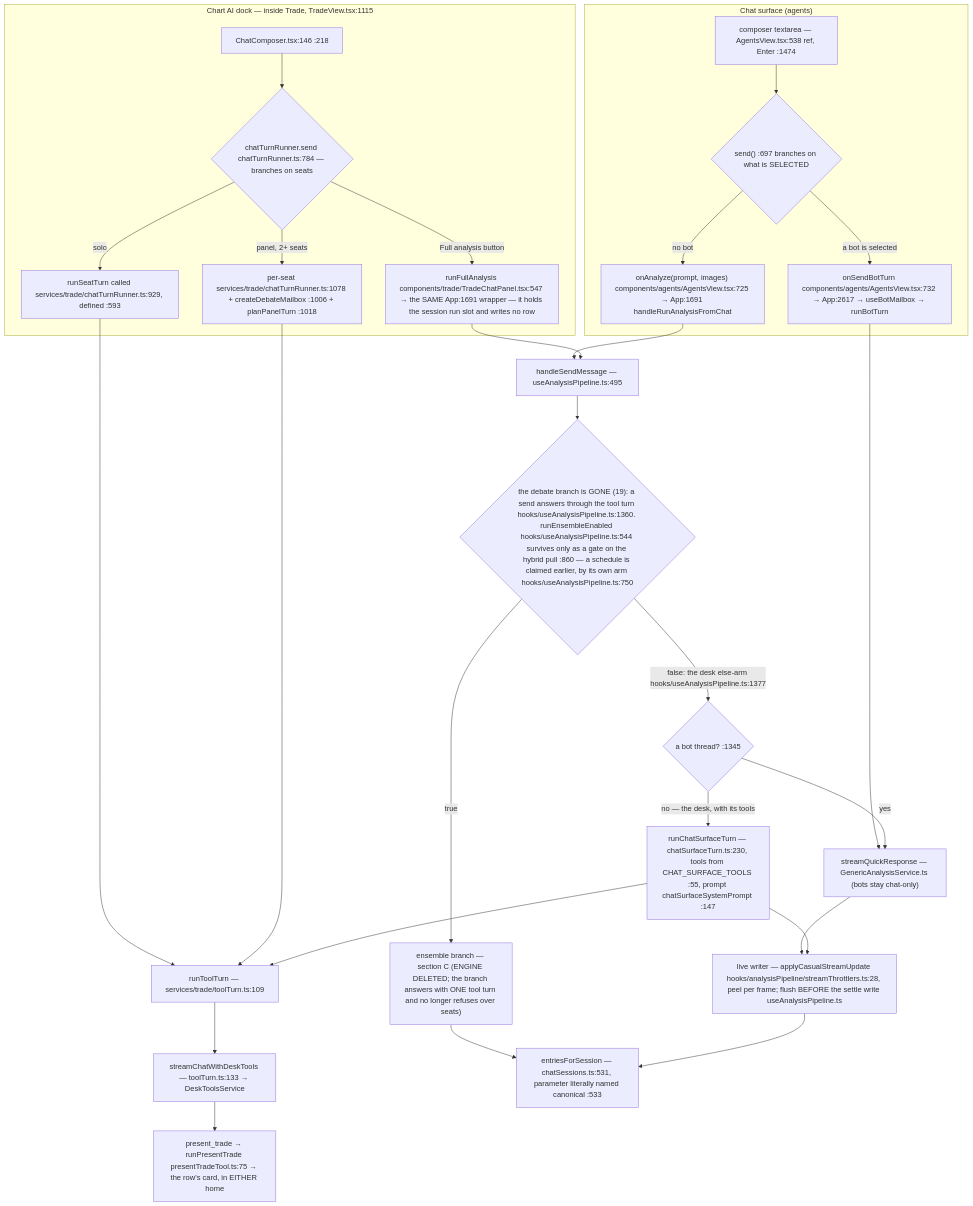
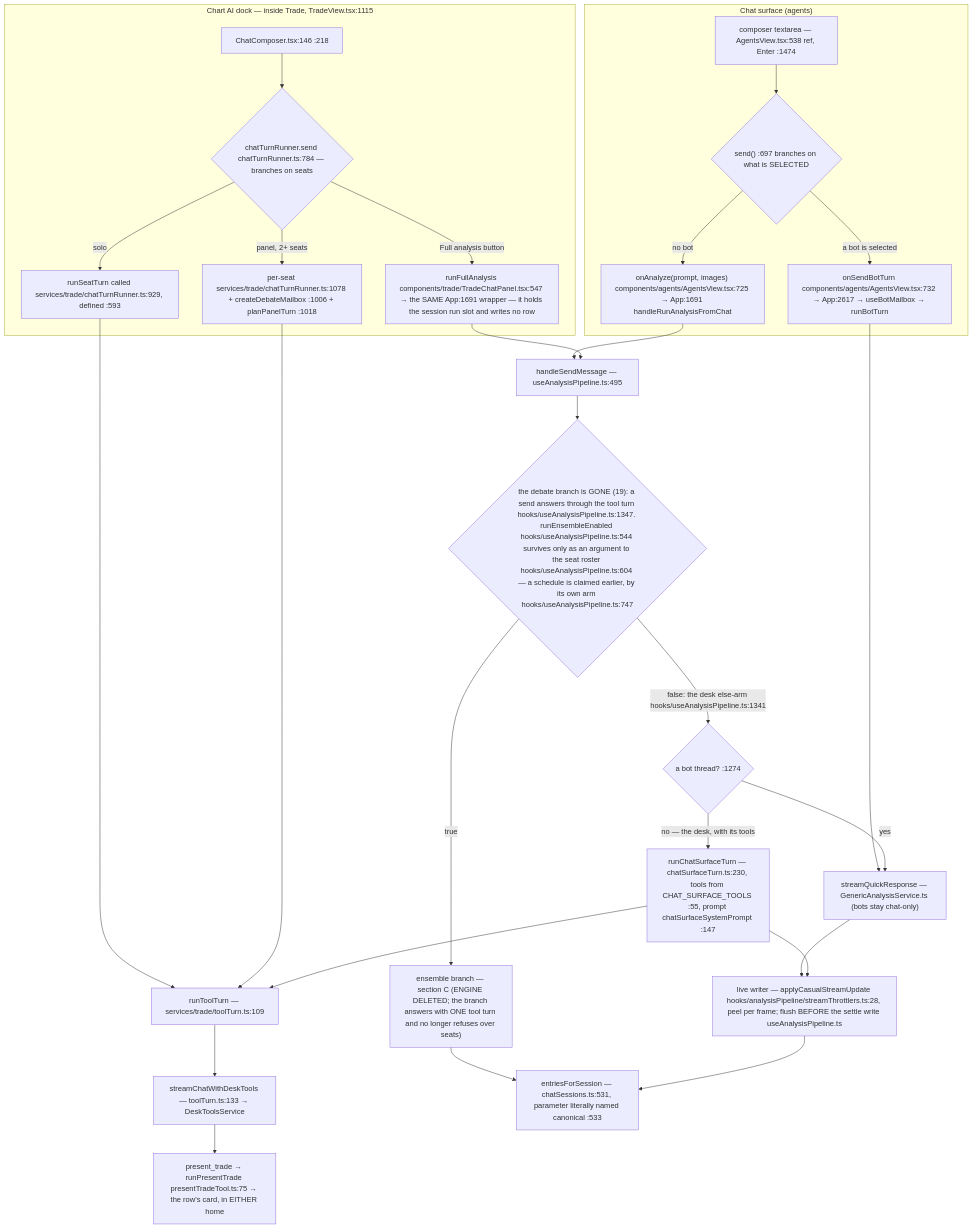
Before and after one commit to Acepay25/august-3.5: the second of 7 diagrams in docs/app-flow.md, drawn with Mermaid. The commit also changed other lines of this file and 6 other files, not shown here.

````diff
--- a/docs/app-flow.md
+++ b/docs/app-flow.md
@@ -61,31 +61,31 @@
 ```mermaid
 flowchart TD
     subgraph CHAT["Chat surface (agents)"]
         CB["composer textarea — AgentsView.tsx:538 ref, Enter :1474"] --> D1{"send() :697 branches on what is SELECTED"}
         D1 -->|a bot is selected| BOT["onSendBotTurn components/agents/AgentsView.tsx:732 → App:2617 → useBotMailbox → runBotTurn"]
         D1 -->|no bot| AN["onAnalyze(prompt, images) components/agents/AgentsView.tsx:725 → App:1691 handleRunAnalysisFromChat"]
     end
     subgraph DOCK["Chart AI dock — inside Trade, TradeView.tsx:1115"]
         DC["ChatComposer.tsx:146 :218"] --> D2{"chatTurnRunner.send chatTurnRunner.ts:784 — branches on seats"}
         D2 -->|solo| SO["runSeatTurn called services/trade/chatTurnRunner.ts:929, defined :593"]
         D2 -->|panel, 2+ seats| PN["per-seat services/trade/chatTurnRunner.ts:1078 + createDebateMailbox :1006 + planPanelTurn :1018"]
         D2 -->|Full analysis button| FA["runFullAnalysis components/trade/TradeChatPanel.tsx:547 → the SAME App:1691 wrapper — it holds the session run slot and writes no row"]
     end
     SO --> TT["runToolTurn — services/trade/toolTurn.ts:109"]
     PN --> TT
     TT --> SCDT["streamChatWithDeskTools — toolTurn.ts:133 → DeskToolsService"]
     BOT --> TR["streamQuickResponse — GenericAnalysisService.ts (bots stay chat-only)"]
     AN --> HSM["handleSendMessage — useAnalysisPipeline.ts:495"]
     FA --> HSM
-    HSM --> D3{"the debate branch is GONE (19): a send answers through the tool turn hooks/useAnalysisPipeline.ts:1360. runEnsembleEnabled hooks/useAnalysisPipeline.ts:544 survives only as a gate on the hybrid pull :860 — a schedule is claimed earlier, by its own arm hooks/useAnalysisPipeline.ts:750"}
+    HSM --> D3{"the debate branch is GONE (19): a send answers through the tool turn hooks/useAnalysisPipeline.ts:1347. runEnsembleEnabled hooks/useAnalysisPipeline.ts:544 survives only as an argument to the seat roster hooks/useAnalysisPipeline.ts:604 — a schedule is claimed earlier, by its own arm hooks/useAnalysisPipeline.ts:747"}
     D3 -->|true| ENS["ensemble branch — section C (ENGINE DELETED; the branch answers with ONE tool turn and no longer refuses over seats)"]
-    D3 -->|false: the desk else-arm hooks/useAnalysisPipeline.ts:1377| SPLIT{"a bot thread? :1345"}
+    D3 -->|false: the desk else-arm hooks/useAnalysisPipeline.ts:1341| SPLIT{"a bot thread? :1274"}
     SPLIT -->|yes| TR
     SPLIT -->|no — the desk, with its tools| CST["runChatSurfaceTurn — chatSurfaceTurn.ts:230, tools from CHAT_SURFACE_TOOLS :55, prompt chatSurfaceSystemPrompt :147"]
     CST --> TT
     TR --> LW["live writer — applyCasualStreamUpdate hooks/analysisPipeline/streamThrottlers.ts:28, peel per frame; flush BEFORE the settle write useAnalysisPipeline.ts"]
     CST --> LW
     ENS --> MERGE
     LW --> MERGE["entriesForSession — chatSessions.ts:531, parameter literally named canonical :533"]
     SCDT --> PT["present_trade → runPresentTrade presentTradeTool.ts:75 → the row's card, in EITHER home"]
 ```
````
